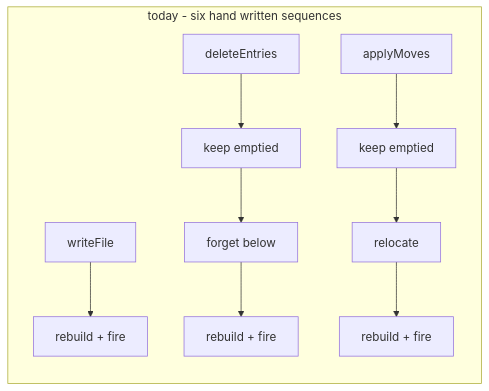
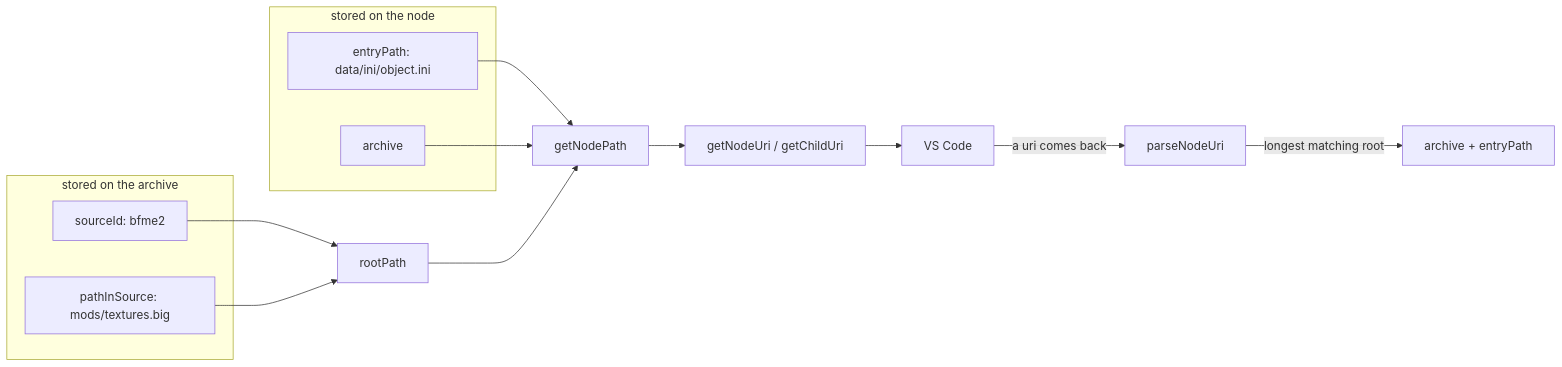
The third of 6 diagrams in docs/architecture.md (max-bronner/bigfs), drawn with Mermaid before and after one commit. The commit also changed other lines of this file, not shown here.

First line of the commit message:
Rewrite the architecture notes for the code that exists

````diff
--- a/docs/architecture.md
+++ b/docs/architecture.md
@@ -179,8 +185,22 @@
 ```mermaid
 flowchart LR
-  subgraph today["today - six hand written sequences"]
-    W["writeFile"] --> WR["rebuild + fire"]
-    D["deleteEntries"] --> DK["keep emptied"] --> DF["forget below"] --> DR["rebuild + fire"]
-    M["applyMoves"] --> MK["keep emptied"] --> MM["relocate"] --> MR["rebuild + fire"]
+  subgraph stored["stored on the node"]
+    EP["entryPath: data/ini/object.ini"]
+    ARC["archive"]
   end
+
+  subgraph archiveState["stored on the archive"]
+    SRC["sourceId: bfme2"]
+    PIS["pathInSource: mods/textures.big"]
+  end
+
+  EP --> RENDER["getNodePath"]
+  ARC --> RENDER
+  SRC --> ROOT["rootPath"]
+  PIS --> ROOT
+  ROOT --> RENDER
+  RENDER --> URI["getNodeUri / getChildUri"]
+  URI --> VSCODE["VS Code"]
+  VSCODE -->|"a uri comes back"| PARSE["parseNodeUri"]
+  PARSE -->|"longest matching root"| ARC2["archive + entryPath"]
 ```
````
